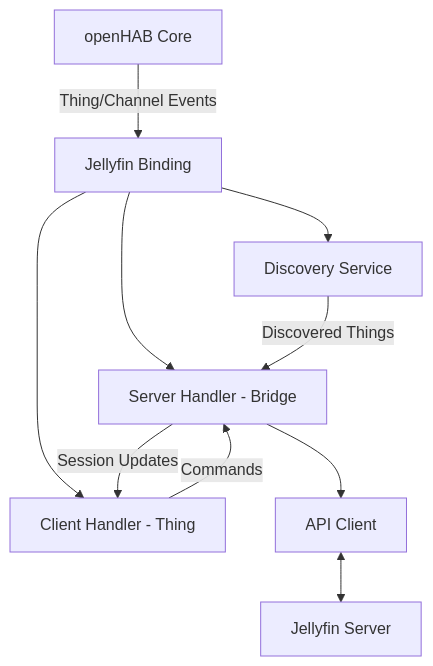
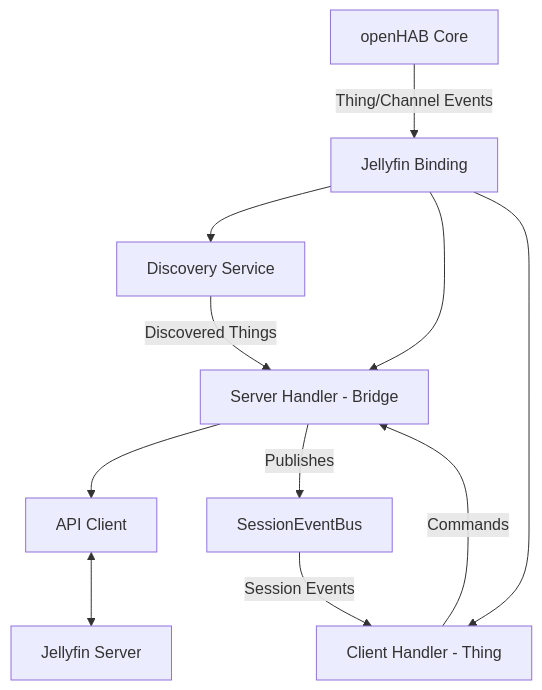
The first of 2 diagrams in bundles/org.openhab.binding.jellyfin/docs/architecture.md (openhab/openhab-addons), drawn with Mermaid before and after one commit. The commit also changed other lines of this file and 6 other files, not shown here.

First line of the commit message:
feat(jellyfin): implement event bus infrastructure for session updates

````diff
--- a/bundles/org.openhab.binding.jellyfin/docs/architecture.md
+++ b/bundles/org.openhab.binding.jellyfin/docs/architecture.md
@@ -35,21 +35,23 @@
 ```mermaid
 flowchart TD
     OH[openHAB Core]
     JB[Jellyfin Binding]
     JD[Discovery Service]
     JH[Server Handler - Bridge]
     JCH[Client Handler - Thing]
     JA[API Client]
     JS[Jellyfin Server]
+    SEB[SessionEventBus]
 
     OH -->|Thing/Channel Events| JB
     JB --> JD
     JB --> JH
     JB --> JCH
     JH --> JA
     JA <--> JS
     JD -->|Discovered Things| JH
-    JH -->|Session Updates| JCH
+    JH -->|Publishes| SEB
+    SEB -->|Session Events| JCH
     JCH -->|Commands| JH
     %% Note: Record members are omitted for clarity. See Record Details section.
 ```
````
